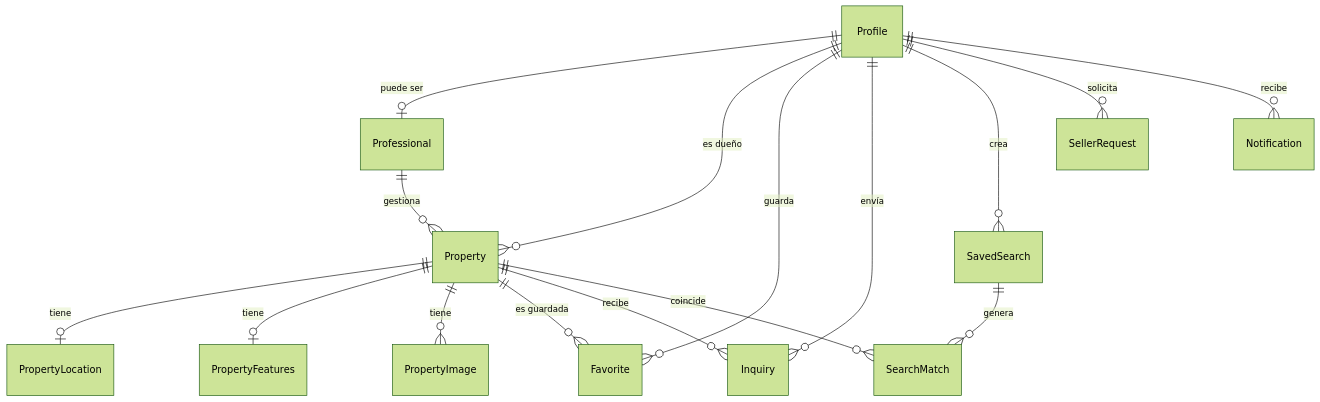
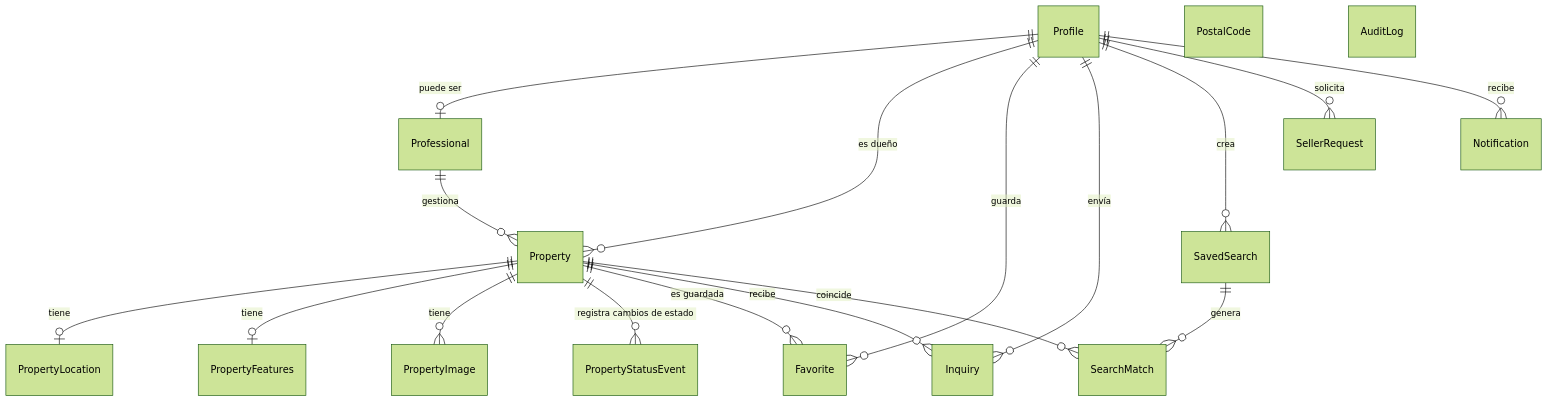
One commit to carlosfbasto/Cosave changed the diagram in docs/DATABASE.md. Above: the diagram before and after it, drawn with Mermaid (forest theme). The commit also changed other lines of this file and 19 other files, not shown here.

````diff
--- a/docs/DATABASE.md
+++ b/docs/DATABASE.md
@@ -5,18 +5,23 @@
 ```mermaid
 erDiagram
   Profile ||--o| Professional : "puede ser"
   Profile ||--o{ Property : "es dueño"
   Professional ||--o{ Property : "gestiona"
   Property ||--o| PropertyLocation : tiene
   Property ||--o| PropertyFeatures : tiene
   Property ||--o{ PropertyImage : tiene
+  Property ||--o{ PropertyStatusEvent : "registra cambios de estado"
   Profile ||--o{ Favorite : guarda
   Property ||--o{ Favorite : "es guardada"
   Profile ||--o{ Inquiry : envía
   Property ||--o{ Inquiry : "recibe"
   Profile ||--o{ SavedSearch : crea
   SavedSearch ||--o{ SearchMatch : genera
   Property ||--o{ SearchMatch : coincide
   Profile ||--o{ SellerRequest : solicita
   Profile ||--o{ Notification : recibe
+  %% Tablas sin relación (clave foránea) con otras: PostalCode es un catálogo de consulta;
+  %% AuditLog guarda actorId/entityId sin FK a propósito, para sobrevivir al borrado de perfiles y propiedades.
+  PostalCode
+  AuditLog
 ```
````
